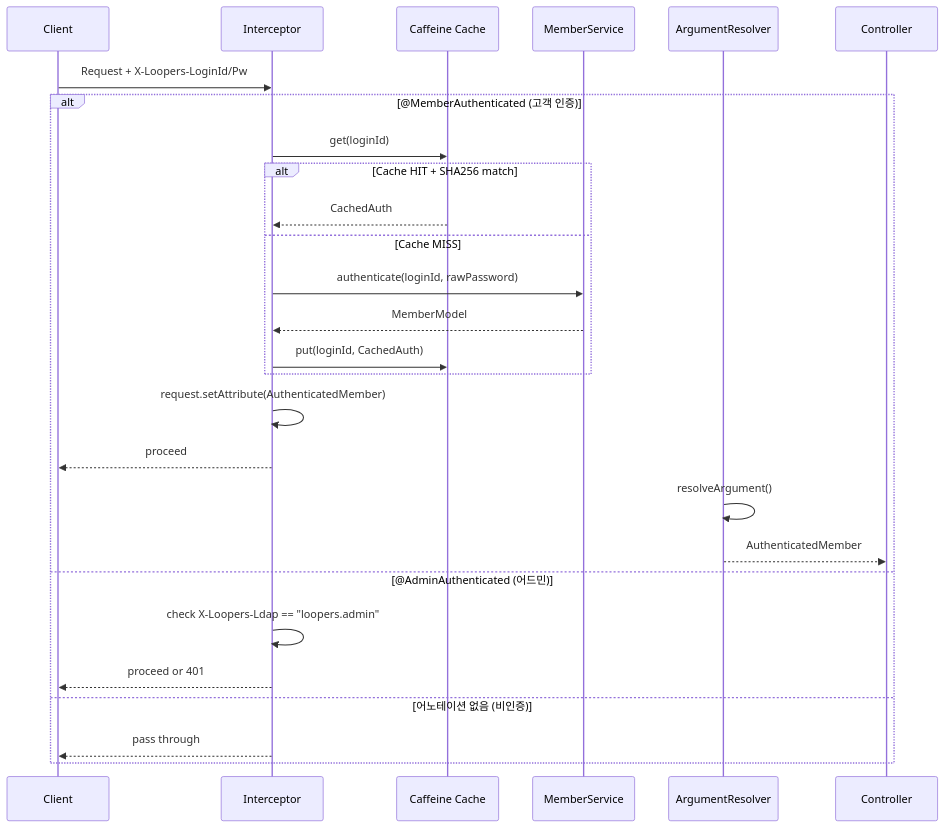
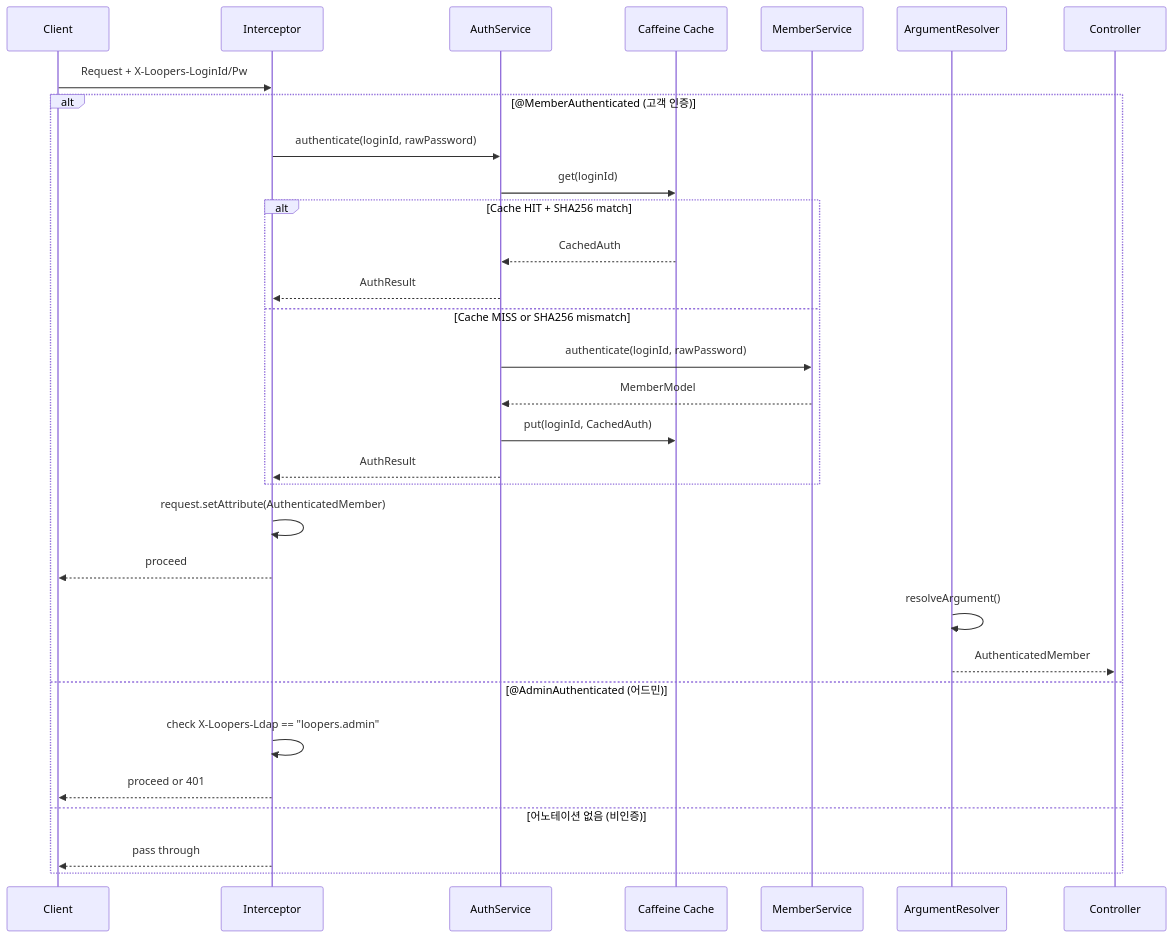
One commit to Loopers-dev-lab/loop-pack-be-l2-vol3-kotlin changed the fifth of 8 diagrams in docs/design/05-architecture.md. Above: the diagram before and after it, drawn with Mermaid. The commit also changed other lines of this file and 3 other files, not shown here.

````diff
--- a/docs/design/05-architecture.md
+++ b/docs/design/05-architecture.md
@@ -385,32 +391,36 @@
 ```mermaid
 sequenceDiagram
     participant C as Client
     participant I as Interceptor
+    participant AS as AuthService
     participant Cache as Caffeine Cache
-    participant S as MemberService
+    participant MS as MemberService
     participant AR as ArgumentResolver
     participant Ctrl as Controller
 
     C->>I: Request + X-Loopers-LoginId/Pw
 
     alt @MemberAuthenticated (고객 인증)
-        I->>Cache: get(loginId)
+        I->>AS: authenticate(loginId, rawPassword)
+        AS->>Cache: get(loginId)
         alt Cache HIT + SHA256 match
-            Cache-->>I: CachedAuth
-        else Cache MISS
-            I->>S: authenticate(loginId, rawPassword)
-            S-->>I: MemberModel
-            I->>Cache: put(loginId, CachedAuth)
+            Cache-->>AS: CachedAuth
+            AS-->>I: AuthResult
+        else Cache MISS or SHA256 mismatch
+            AS->>MS: authenticate(loginId, rawPassword)
+            MS-->>AS: MemberModel
+            AS->>Cache: put(loginId, CachedAuth)
+            AS-->>I: AuthResult
         end
         I->>I: request.setAttribute(AuthenticatedMember)
         I-->>C: proceed
 
         AR->>AR: resolveArgument()
         AR-->>Ctrl: AuthenticatedMember
     else @AdminAuthenticated (어드민)
         I->>I: check X-Loopers-Ldap == "loopers.admin"
         I-->>C: proceed or 401
     else 어노테이션 없음 (비인증)
         I-->>C: pass through
     end
 ```
````
